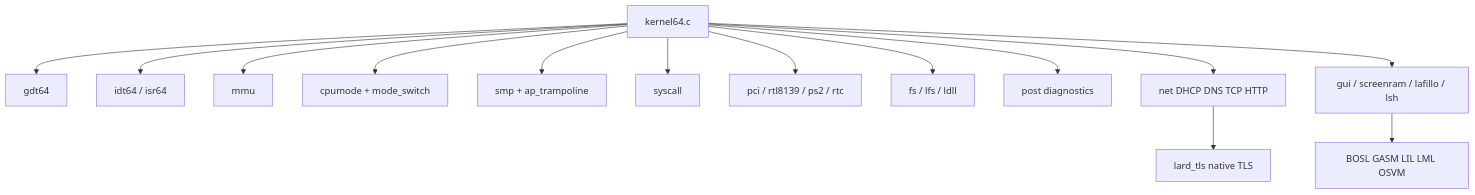
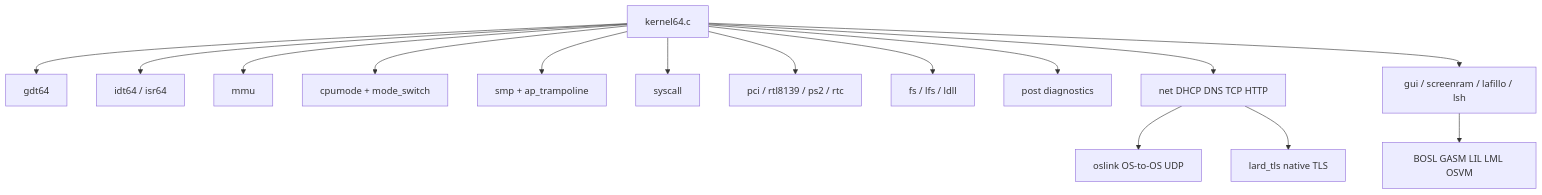
One commit to jgchoimd-web/lardos changed the second of 4 diagrams in os/ARCHITECTURE.md. Above: the diagram before and after it, drawn with Mermaid. The commit also changed other lines of this file and 13 other files, not shown here.

````diff
--- a/os/ARCHITECTURE.md
+++ b/os/ARCHITECTURE.md
@@ -49,31 +49,33 @@
 ```mermaid
 flowchart TB
     Kmain["kernel64.c"]
     GDT["gdt64"]
     IDT["idt64 / isr64"]
     MMU["mmu"]
     CpuMode["cpumode + mode_switch"]
     SMP["smp + ap_trampoline"]
     Syscall["syscall"]
     Drivers["pci / rtl8139 / ps2 / rtc"]
     Storage["fs / lfs / ldll"]
     POST["post diagnostics"]
     Net["net DHCP DNS TCP HTTP"]
+    OSLink["oslink OS-to-OS UDP"]
     TLS["lard_tls native TLS"]
     GUI["gui / screenram / lafillo / lsh"]
     VM["BOSL GASM LIL LML OSVM"]
 
     Kmain --> GDT
     Kmain --> IDT
     Kmain --> MMU
     Kmain --> CpuMode
     Kmain --> SMP
     Kmain --> Syscall
     Kmain --> Drivers
     Kmain --> Storage
     Kmain --> POST
     Kmain --> Net
+    Net --> OSLink
     Net --> TLS
     Kmain --> GUI
     GUI --> VM
 ```
````
